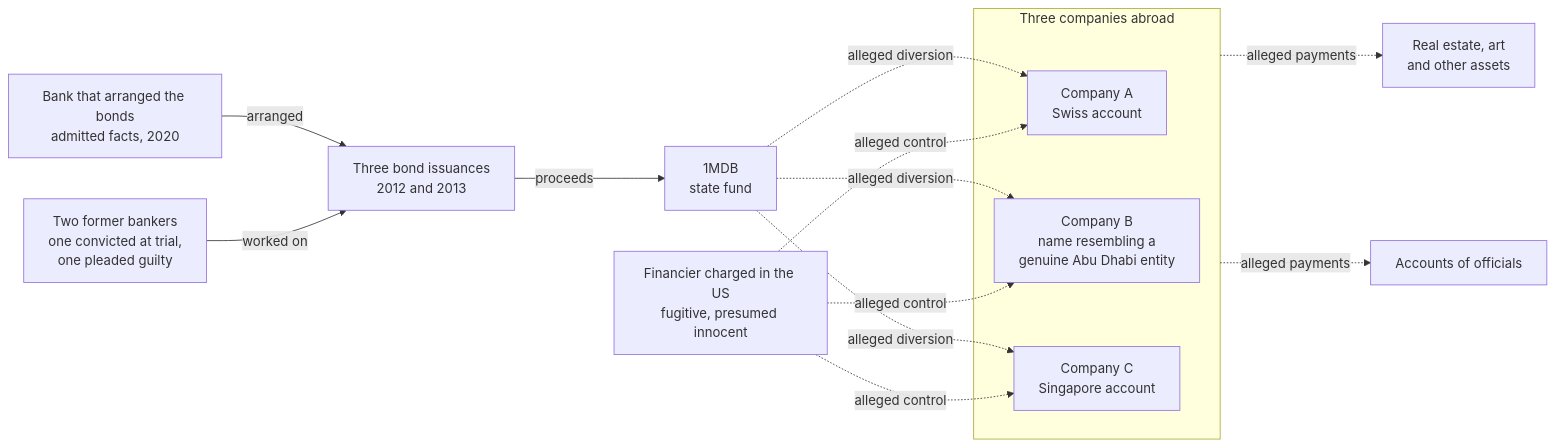
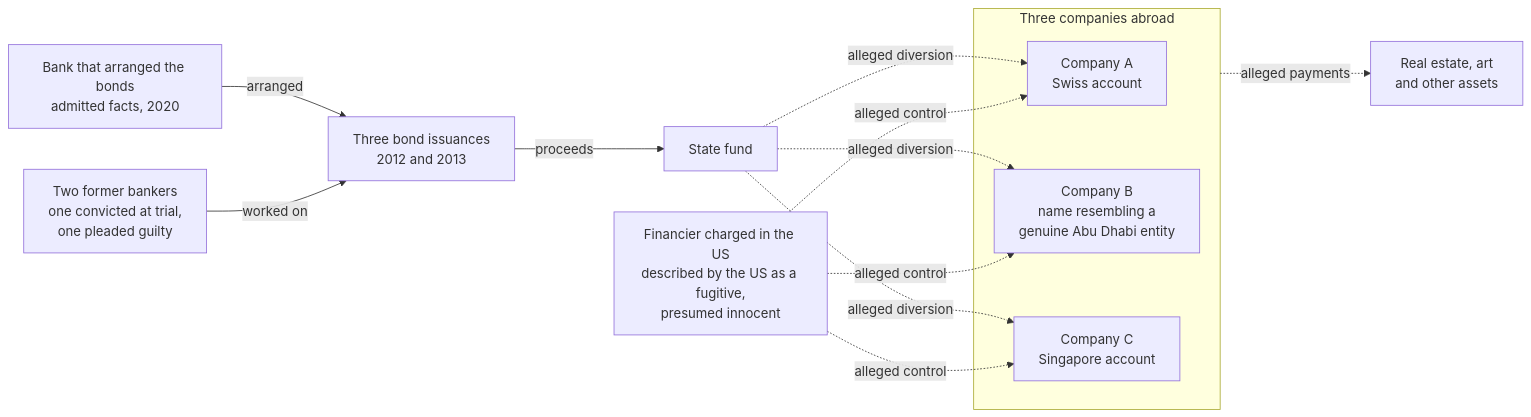
The diagram in docs/learning/cases/1mdb.md (Robotat-Technologies/neon-radar), drawn with Mermaid before and after one commit. The commit also changed other lines of this file and 8 other files, not shown here.

````diff
--- a/docs/learning/cases/1mdb.md
+++ b/docs/learning/cases/1mdb.md
@@ -22,26 +22,24 @@
 ```mermaid
 flowchart LR
   BK["Bank that arranged the bonds<br/>admitted facts, 2020"]
   BA["Two former bankers<br/>one convicted at trial,<br/>one pleaded guilty"]
   BO["Three bond issuances<br/>2012 and 2013"]
-  FU["1MDB<br/>state fund"]
+  FU["State fund"]
   subgraph CO["Three companies abroad"]
     CA["Company A<br/>Swiss account"]
     CB["Company B<br/>name resembling a<br/>genuine Abu Dhabi entity"]
     CC["Company C<br/>Singapore account"]
   end
-  FI["Financier charged in the US<br/>fugitive, presumed innocent"]
+  FI["Financier charged in the US<br/>described by the US as a fugitive,<br/>presumed innocent"]
   AS["Real estate, art<br/>and other assets"]
-  OF["Accounts of officials"]
   BK -- arranged --> BO
   BA -- worked on --> BO
   BO -- proceeds --> FU
   FU -. alleged diversion .-> CA
   FU -. alleged diversion .-> CB
   FU -. alleged diversion .-> CC
   FI -. alleged control .-> CA
   FI -. alleged control .-> CB
   FI -. alleged control .-> CC
   CO -. alleged payments .-> AS
-  CO -. alleged payments .-> OF
 ```
````
